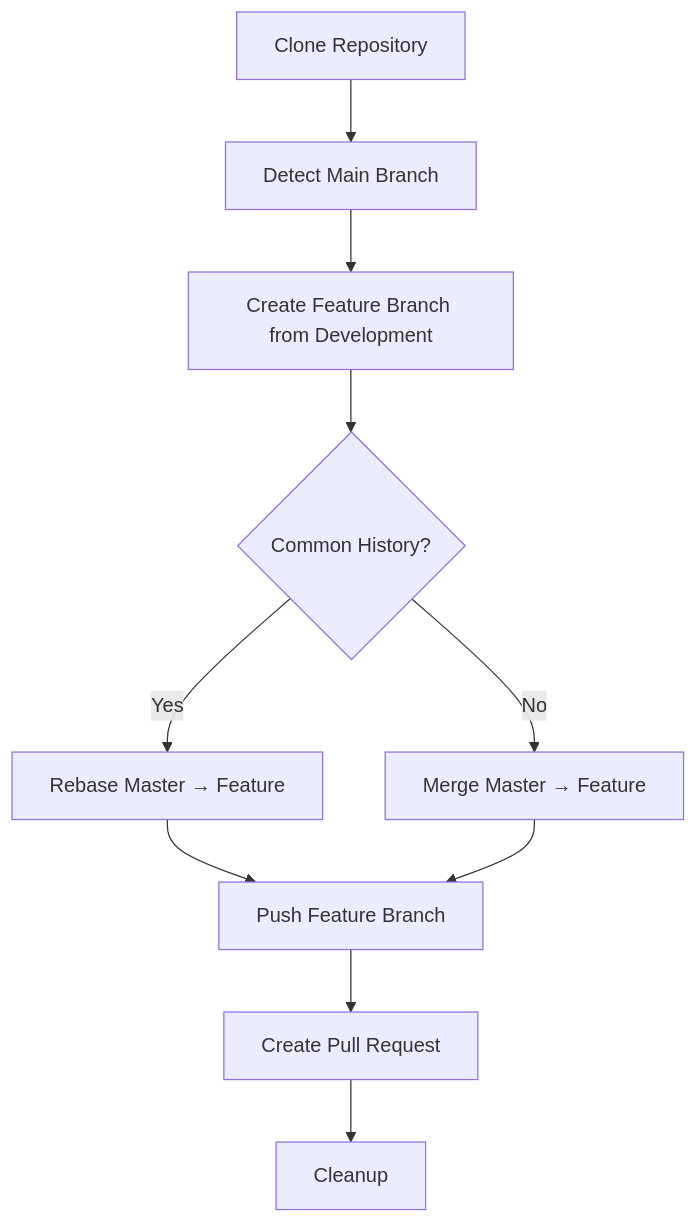
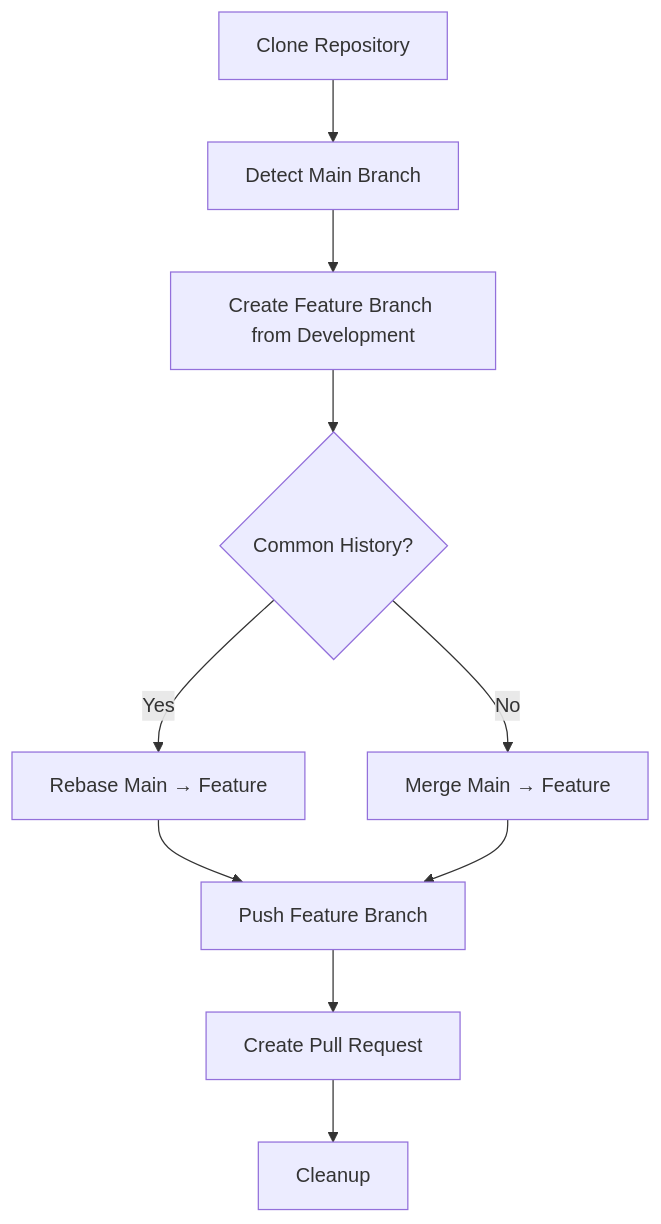
One commit to ijavidilo/trim_branches changed the diagram in README.md. Above: the diagram before and after it, drawn with Mermaid. The commit also changed other lines of this file and 2 other files, not shown here.

````diff
--- a/README.md
+++ b/README.md
@@ -160,12 +160,12 @@
 ```mermaid
 graph TD
     A[Clone Repository] --> B[Detect Main Branch]
     B --> C[Create Feature Branch from Development]
     C --> D{Common History?}
-    D -->|Yes| E[Rebase Master → Feature]
-    D -->|No| F[Merge Master → Feature]
+    D -->|Yes| E[Rebase Main → Feature]
+    D -->|No| F[Merge Main → Feature]
     E --> G[Push Feature Branch]
     F --> G
     G --> H[Create Pull Request]
     H --> I[Cleanup]
 ```
````
